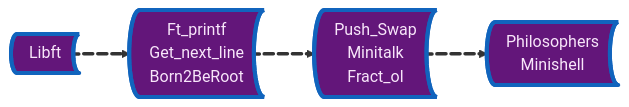
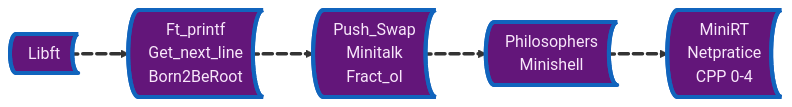
The diagram in README.md (joseo558/joseo558), drawn with Mermaid before and after one commit. The commit also changed other lines of this file and 1 other file, not shown here.

````diff
--- a/README.md
+++ b/README.md
@@ -36,14 +61,17 @@
 ```mermaid
 flowchart LR
     milestone0@{ shape: bow-rect, label: "Libft" }
     milestone1@{ shape: bow-rect, label: "Ft_printf<br/>Get_next_line<br/>Born2BeRoot" }
     milestone2@{ shape: bow-rect, label: "Push_Swap<br/>Minitalk<br/>Fract_ol" }
     milestone3@{ shape: bow-rect, label: "Philosophers<br/>Minishell" }
+    milestone4@{ shape: bow-rect, label: "MiniRT<br/>Netpratice<br />CPP 0-4" }
     milestone0 e1@==> milestone1
     milestone1 e2@==> milestone2
     milestone2 e3@==> milestone3
+    milestone3 e4@==> milestone4
     e1@{ animate: true }
     e2@{ animate: true }
     e3@{ animate: true }
+    e4@{ animate: true }
     classDef default fill:#63167A,color:#F8E6FA,stroke:#1164BD,stroke-width:4px;
 ```
````
